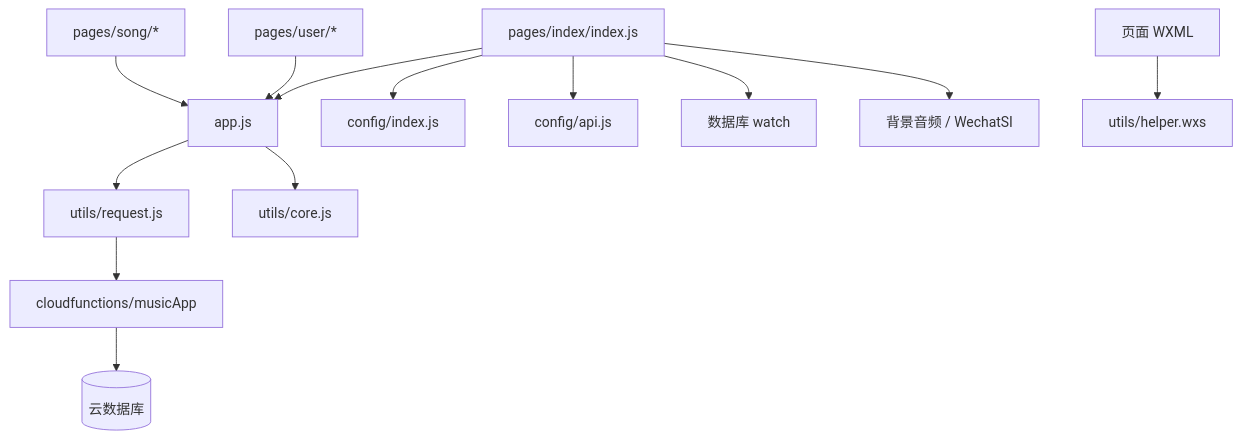
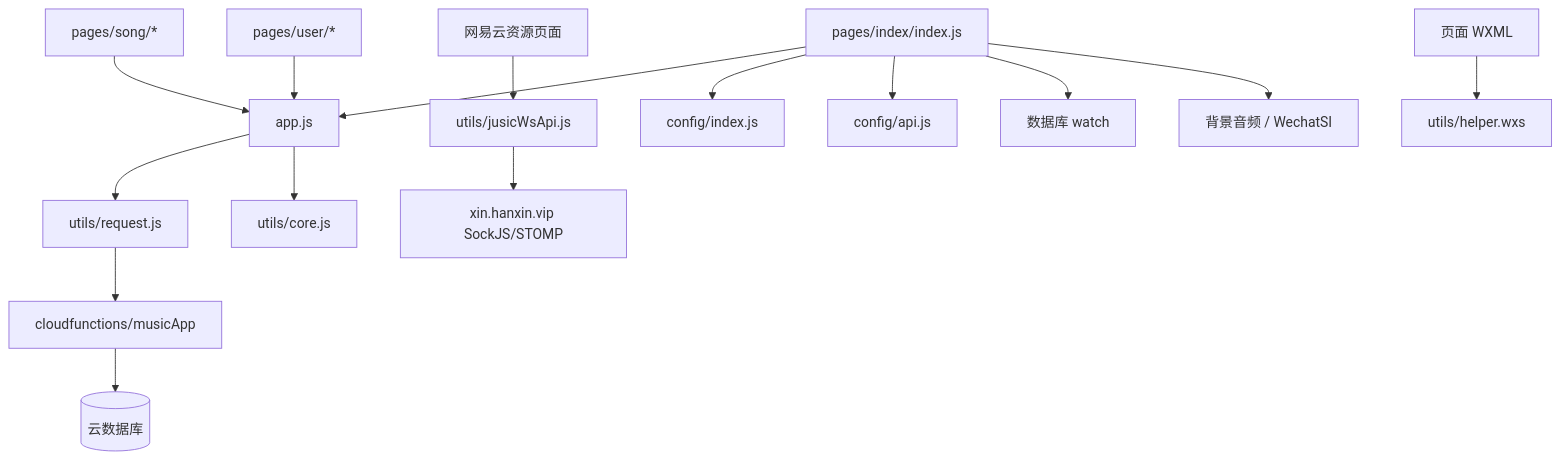
Before and after one commit to Neveryu/miniprogram-music: the first of 2 diagrams in docs/code-wiki/06-依赖关系.md, drawn with Mermaid. The commit also changed other lines of this file and 61 other files, not shown here.

````diff
--- a/docs/code-wiki/06-依赖关系.md
+++ b/docs/code-wiki/06-依赖关系.md
@@ -18,15 +20,17 @@
 ```mermaid
 flowchart TD
     APP[app.js] --> REQUEST[utils/request.js]
     APP --> CORE[utils/core.js]
     REQUEST --> FUNC[cloudfunctions/musicApp]
     FUNC --> DB[(云数据库)]
+    SELECT[网易云资源页面] --> JUSIC[utils/jusicWsApi.js]
+    JUSIC --> WS[xin.hanxin.vip SockJS/STOMP]
     INDEX[pages/index/index.js] --> APP
     INDEX --> CONFIG[config/index.js]
     INDEX --> API[config/api.js]
     INDEX --> WATCH[数据库 watch]
     INDEX --> AUDIO[背景音频 / WechatSI]
     SONG[pages/song/*] --> APP
     USER[pages/user/*] --> APP
     WXML[页面 WXML] --> WXS[utils/helper.wxs]
 ```
````
